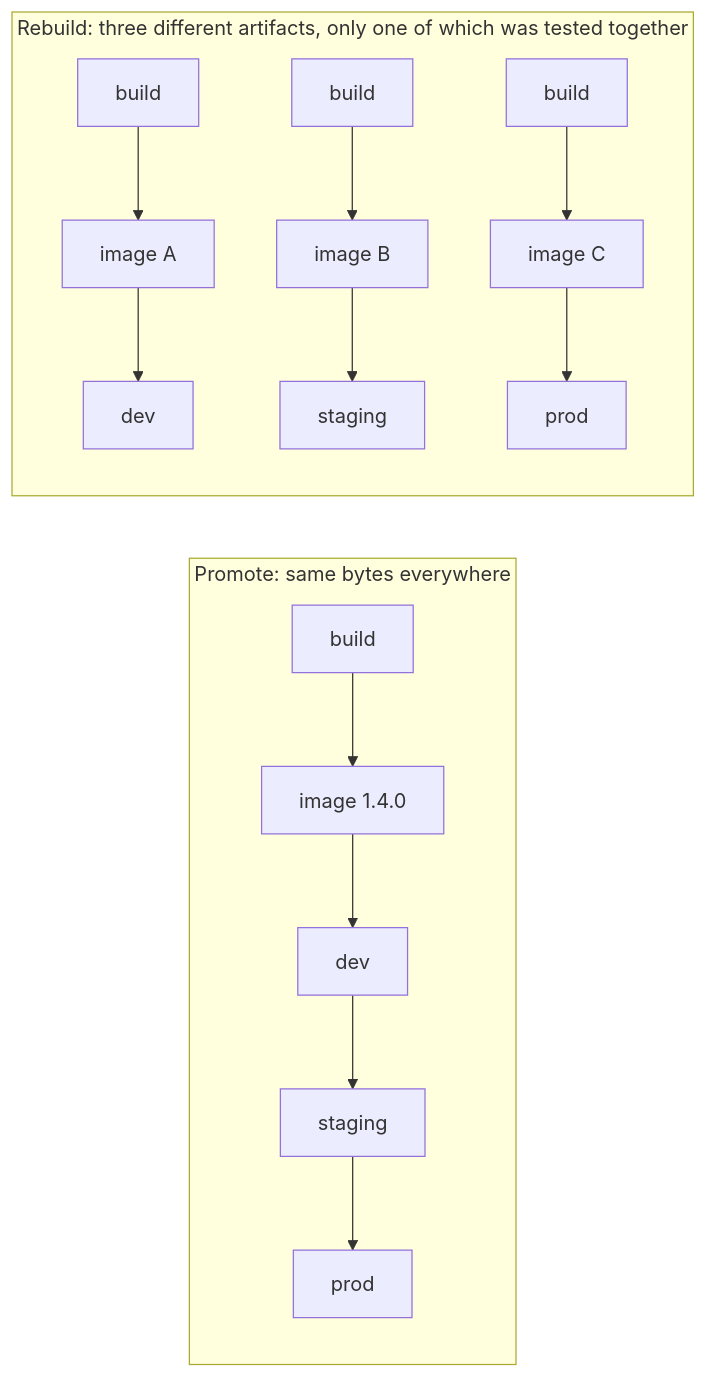
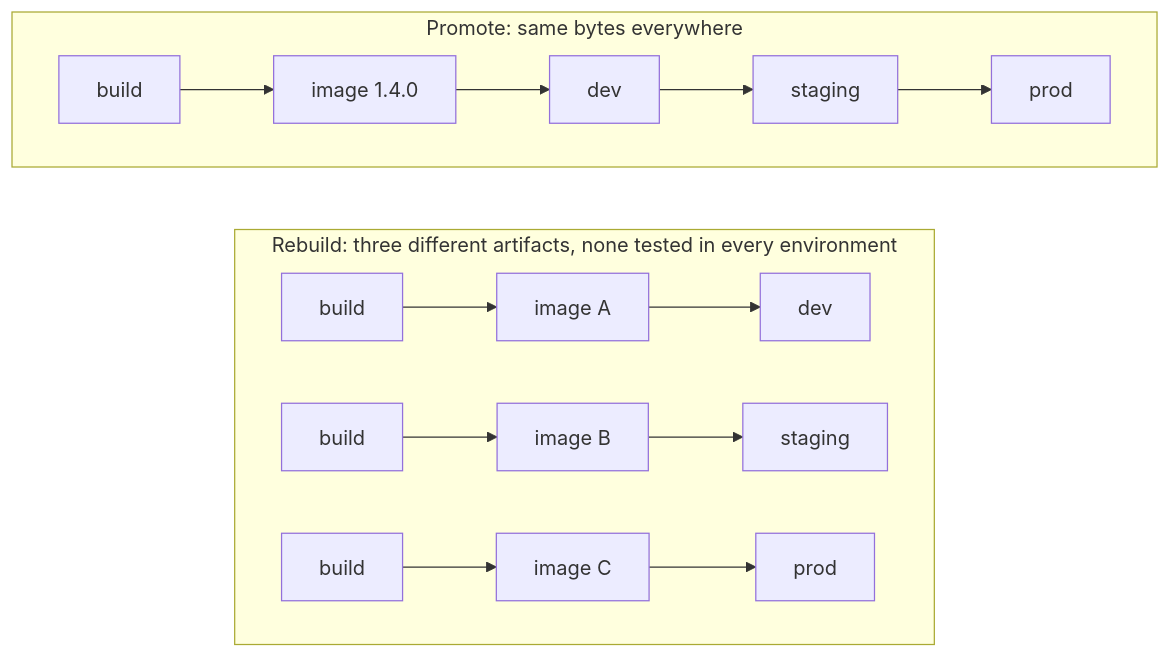
The diagram in src/content/concepts/build-once-promote-many.md (dylankenneally/jenkins-cookbook), drawn with Mermaid before and after one commit. The commit also changed 9 other files, not shown here.

Commit message:
improved mermaid diagrams

````diff
--- a/src/content/concepts/build-once-promote-many.md
+++ b/src/content/concepts/build-once-promote-many.md
@@ -42,11 +42,17 @@
 ```mermaid
-flowchart LR
+flowchart TB
+    accTitle: Promoting one artifact compared with rebuilding for each environment
+    accDescr: Promote: one build produces image 1.4.0, which is deployed to dev, then staging, then prod. Rebuild: three separate builds produce image A for dev, image B for staging and image C for prod, so no artifact goes through every environment.
     subgraph promote [Promote: same bytes everywhere]
+        direction LR
         build --> image["image 1.4.0"] --> dev --> staging --> prod
     end
-    subgraph rebuild [Rebuild: three different artifacts, only one of which was tested together]
+    subgraph rebuild [Rebuild: three different artifacts, none tested in every environment]
+        direction LR
         buildA[build] --> imageA["image A"] --> devA[dev]
         buildB[build] --> imageB["image B"] --> stagingB[staging]
         buildC[build] --> imageC["image C"] --> prodC[prod]
     end
+    %% the invisible link keeps promote above rebuild, since mermaid doesn't follow source order on its own
+    promote ~~~ rebuild
 ```
````
